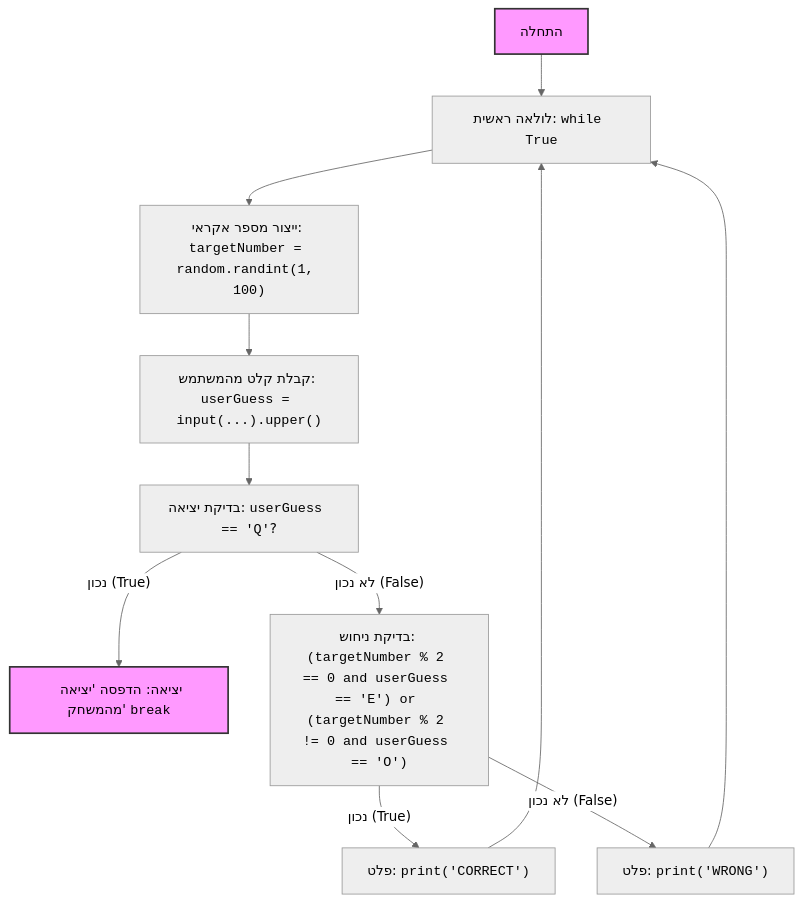
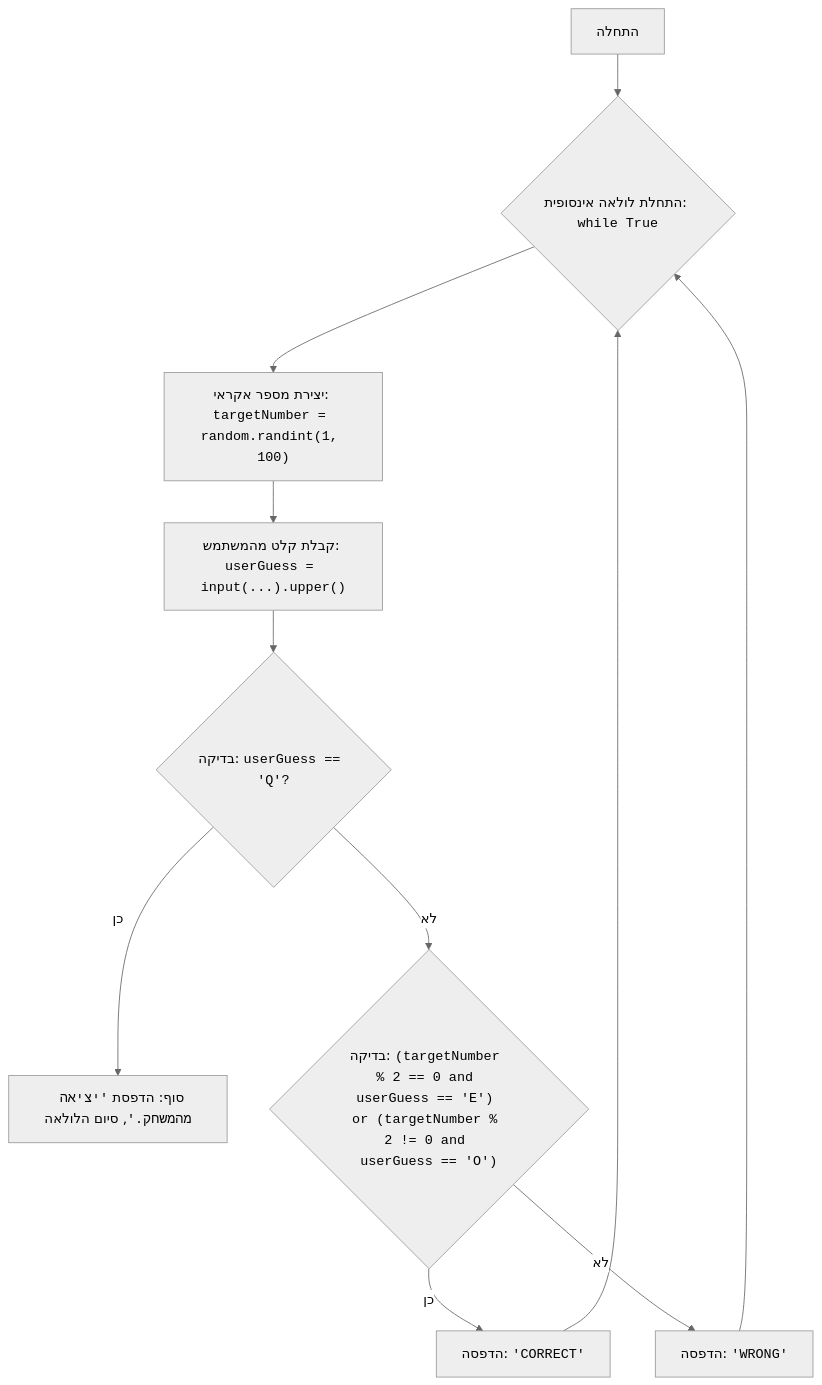
Before and after one commit to hypo69/hypo: the diagram in docs/gemini/he/explainer/src/endpoints/ai_games/101_basic_computer_games/ru/GAMES/EVEN/even.py.md, drawn with Mermaid (neutral theme). The commit also changed other lines of this file and 885 other files, not shown here.

````diff
--- a/docs/gemini/he/explainer/src/endpoints/ai_games/101_basic_computer_games/ru/GAMES/EVEN/even.py.md
+++ b/docs/gemini/he/explainer/src/endpoints/ai_games/101_basic_computer_games/ru/GAMES/EVEN/even.py.md
@@ -30,16 +33,13 @@
 ```mermaid
 flowchart TD
-    Start["התחלה"] --> LoopStart["לולאה ראשית: <code>while True</code>"]
-    LoopStart --> GenerateNumber["ייצור מספר אקראי: <code>targetNumber = random.randint(1, 100)</code>"]
+    Start["התחלה"] --> LoopStart{"התחלת לולאה אינסופית: <code>while True</code>"}
+    LoopStart --> GenerateNumber["יצירת מספר אקראי: <code>targetNumber = random.randint(1, 100)</code>"]
     GenerateNumber --> InputGuess["קבלת קלט מהמשתמש: <code>userGuess = input(...).upper()</code>"]
-    InputGuess --> CheckQuit["בדיקת יציאה: <code>userGuess == 'Q'</code>?"]
-    CheckQuit -- נכון (True) --> Exit["יציאה: הדפסה 'יציאה מהמשחק' <code>break</code>"]
-    CheckQuit -- לא נכון (False) --> CheckGuess["בדיקת ניחוש: <code>(targetNumber % 2 == 0 and userGuess == 'E') or (targetNumber % 2 != 0 and userGuess == 'O')</code>"]
-    CheckGuess -- נכון (True) --> OutputCorrect["פלט: <code>print('CORRECT')</code>"]
-    CheckGuess -- לא נכון (False) --> OutputWrong["פלט: <code>print('WRONG')</code>"]
+    InputGuess --> CheckQuit{"בדיקה: <code>userGuess == 'Q'?</code>"}
+    CheckQuit -- כן --> End["סוף: הדפסת <code>'יציאה מהמשחק.'</code>, סיום הלולאה"]
+    CheckQuit -- לא --> CheckGuess{"בדיקה: <code>(targetNumber % 2 == 0 and userGuess == 'E') or (targetNumber % 2 != 0 and userGuess == 'O')</code>"}
+    CheckGuess -- כן --> OutputCorrect["הדפסה: <code>'CORRECT'</code>"]
+    CheckGuess -- לא --> OutputWrong["הדפסה: <code>'WRONG'</code>"]
     OutputCorrect --> LoopStart
     OutputWrong --> LoopStart
-    
-    style Start fill:#f9f,stroke:#333,stroke-width:2px
-    style Exit fill:#f9f,stroke:#333,stroke-width:2px
 ```
````
